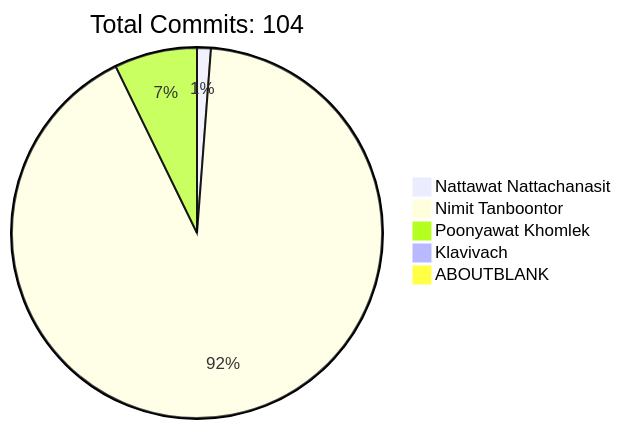
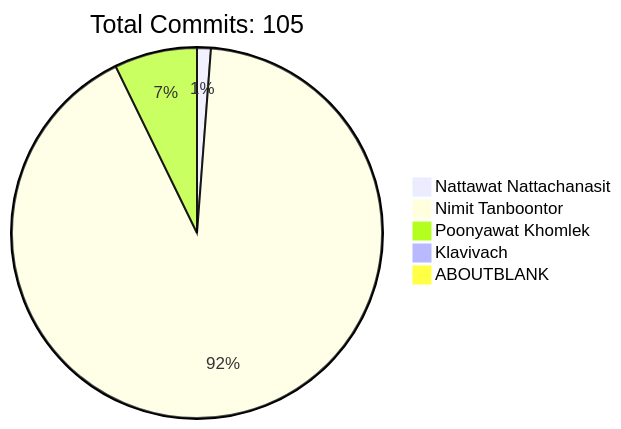
One commit to HLLC-MFU/HLLC-2025 changed the diagram in README.md. Above: the diagram before and after it, drawn with Mermaid. The commit also changed other lines of this file, not shown here.

````diff
--- a/README.md
+++ b/README.md
@@ -170,9 +170,9 @@
 ```mermaid
 pie
-    title Total Commits: 104
+    title Total Commits: 105
     "Nattawat Nattachanasit" : 1
     "Nimit Tanboontor" : 76
     "Poonyawat Khomlek" : 6
     "Klavivach" : 0
     "ABOUTBLANK" : 0
 ```
````
